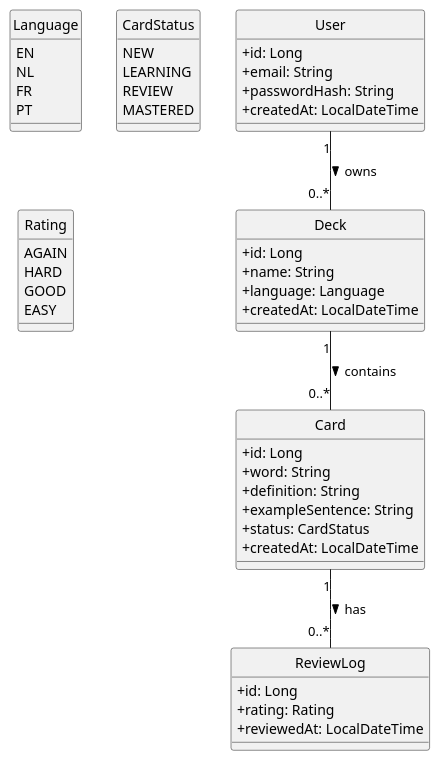
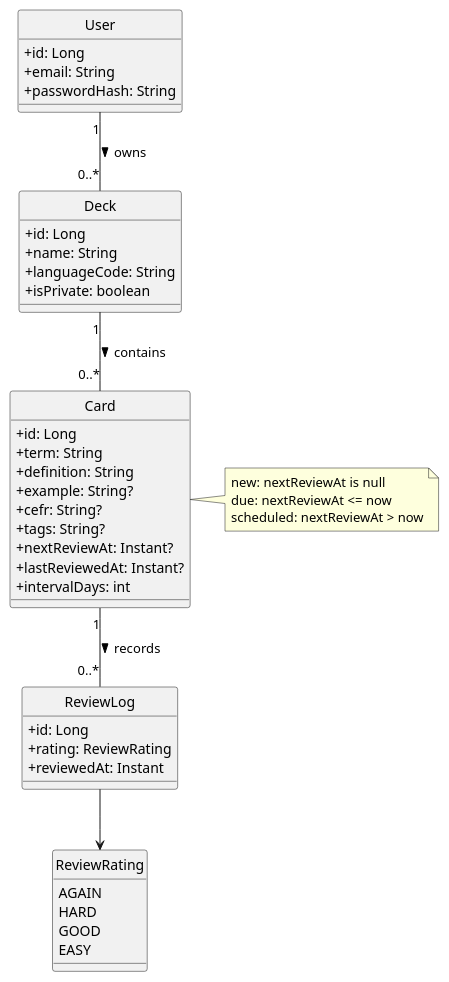
The diagram in docs/uml/class-diagram.puml (savychev/intec-ep-linguacards), drawn with PlantUML before and after one commit. The commit also changed 21 other files, not shown here.

```diff
--- a/docs/uml/class-diagram.puml
+++ b/docs/uml/class-diagram.puml
@@ -1,59 +1,54 @@
 @startuml
 hide circle
 skinparam classAttributeIconSize 0
 
 class User {
   +id: Long
   +email: String
   +passwordHash: String
-  +createdAt: LocalDateTime
 }
 
 class Deck {
   +id: Long
   +name: String
-  +language: Language
-  +createdAt: LocalDateTime
+  +languageCode: String
+  +isPrivate: boolean
 }
 
 class Card {
   +id: Long
-  +word: String
+  +term: String
   +definition: String
-  +exampleSentence: String
-  +status: CardStatus
-  +createdAt: LocalDateTime
+  +example: String?
+  +cefr: String?
+  +tags: String?
+  +nextReviewAt: Instant?
+  +lastReviewedAt: Instant?
+  +intervalDays: int
 }
 
 class ReviewLog {
   +id: Long
-  +rating: Rating
-  +reviewedAt: LocalDateTime
+  +rating: ReviewRating
+  +reviewedAt: Instant
 }
 
-enum Language {
-  EN
-  NL
-  FR
-  PT
-}
-
-enum CardStatus {
-  NEW
-  LEARNING
-  REVIEW
-  MASTERED
-}
-
-enum Rating {
+enum ReviewRating {
   AGAIN
   HARD
   GOOD
   EASY
 }
 
 User "1" -- "0..*" Deck : owns >
 Deck "1" -- "0..*" Card : contains >
-Card "1" -- "0..*" ReviewLog : has >
+Card "1" -- "0..*" ReviewLog : records >
+ReviewLog --> ReviewRating
+
+note right of Card
+  new: nextReviewAt is null
+  due: nextReviewAt <= now
+  scheduled: nextReviewAt > now
+end note
 
 @enduml
```
